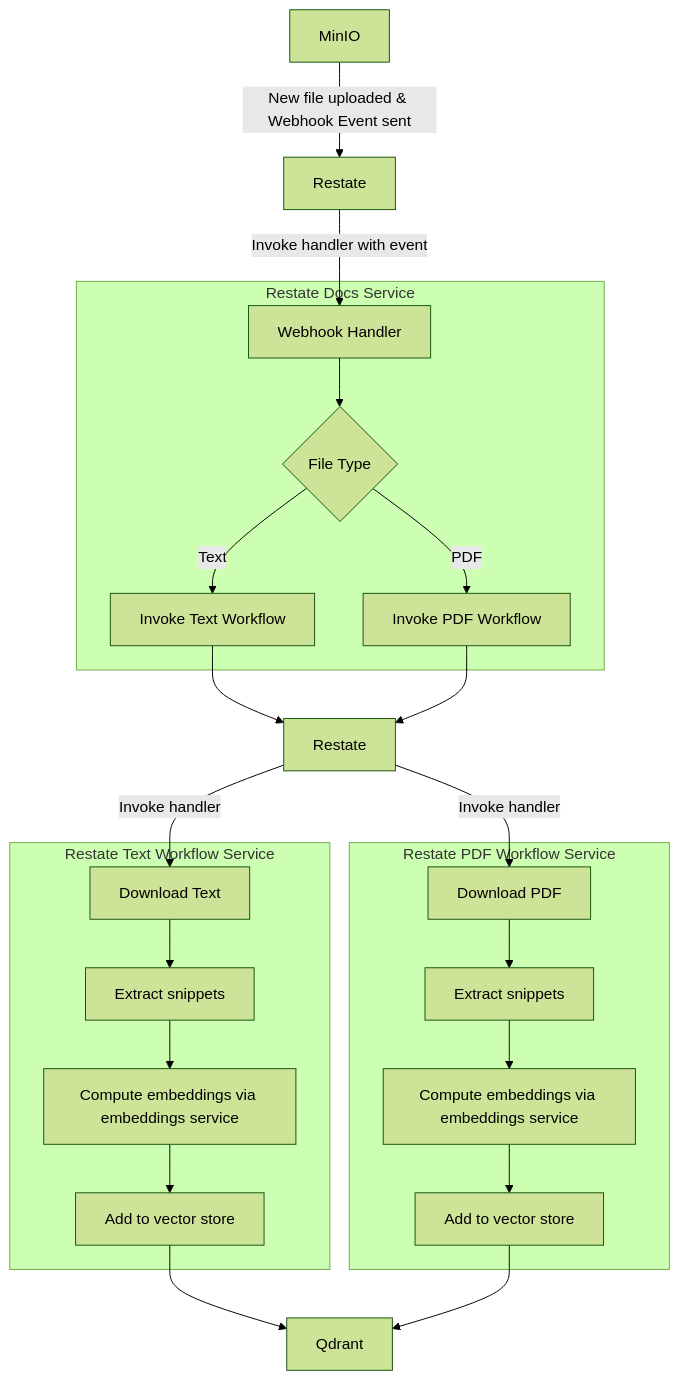
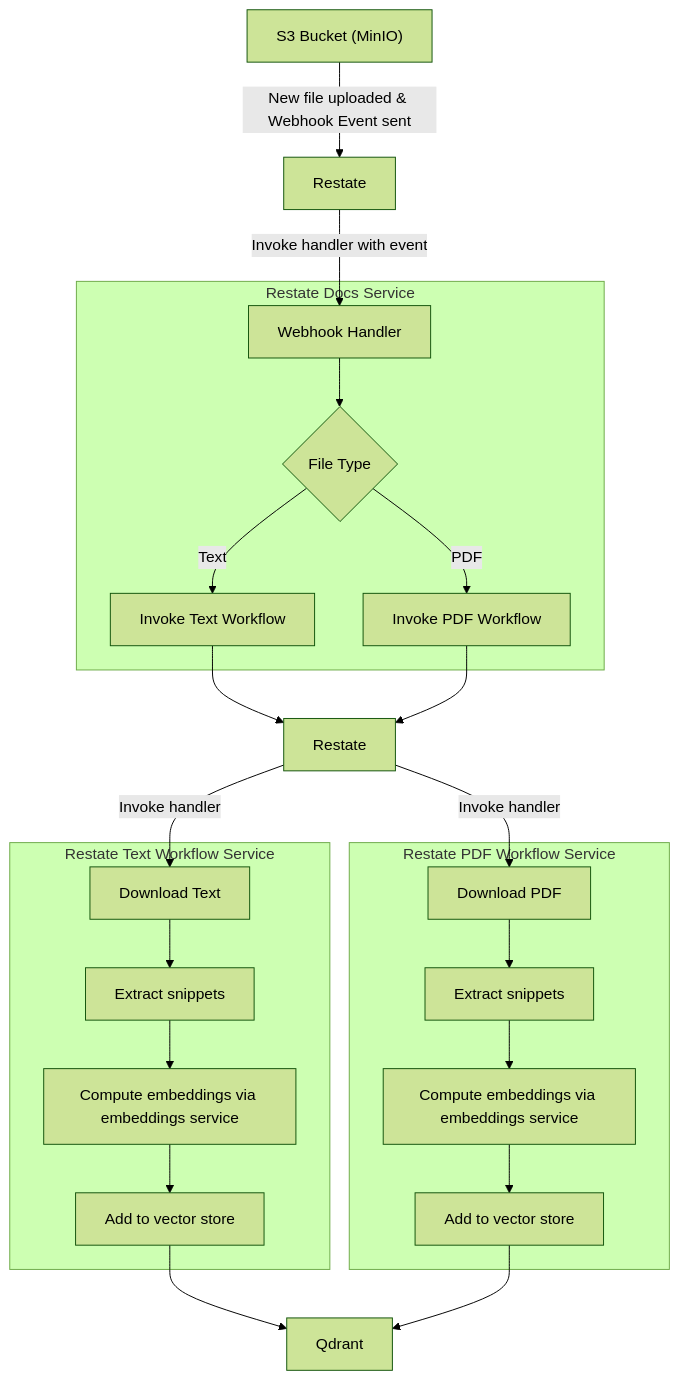
The diagram in python/end-to-end-applications/rag-ingestion/README.md (restatedev/examples), drawn with Mermaid (forest theme) before and after one commit. The commit also changed other lines of this file, not shown here.

Commit message:
Improve mermaid diagram

````diff
--- a/python/end-to-end-applications/rag-ingestion/README.md
+++ b/python/end-to-end-applications/rag-ingestion/README.md
@@ -16,28 +16,28 @@
 ```mermaid
 graph TD
-    A[MinIO] -->|New file uploaded & Webhook Event sent| B[Restate]
+    A["S3 Bucket (MinIO)"] -->|New file uploaded & Webhook Event sent| B[Restate]
     B -->|Invoke handler with event| C[Webhook Handler]
     subgraph "Restate Docs Service"
     C --> D{File Type}
     D -->|Text| E[Invoke Text Workflow]
     D -->|PDF| F[Invoke PDF Workflow]
     end
     E --> G[Restate]
     F --> G[Restate]
     G -->|Invoke handler| I[Download Text]
     G -->|Invoke handler| M[Download PDF]
     subgraph "Restate Text Workflow Service"
     I --> J[Extract snippets]
     J --> K[Compute embeddings via embeddings service]
     K --> L[Add to vector store]
     end
     subgraph "Restate PDF Workflow Service"
     M --> N[Extract snippets]
     N --> O[Compute embeddings via embeddings service]
     O --> P[Add to vector store]
     end
     L --> Q[Qdrant]
     P --> Q
 
 
 ```
````
